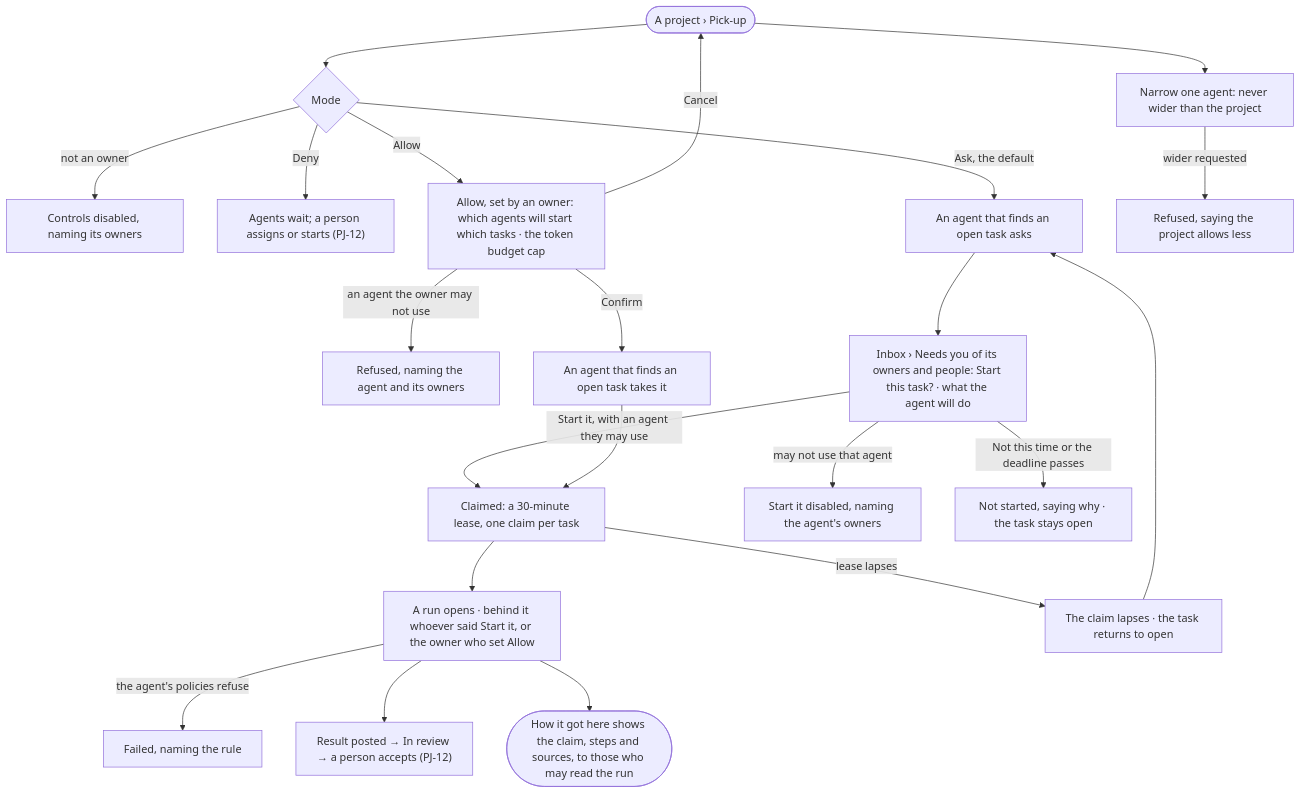
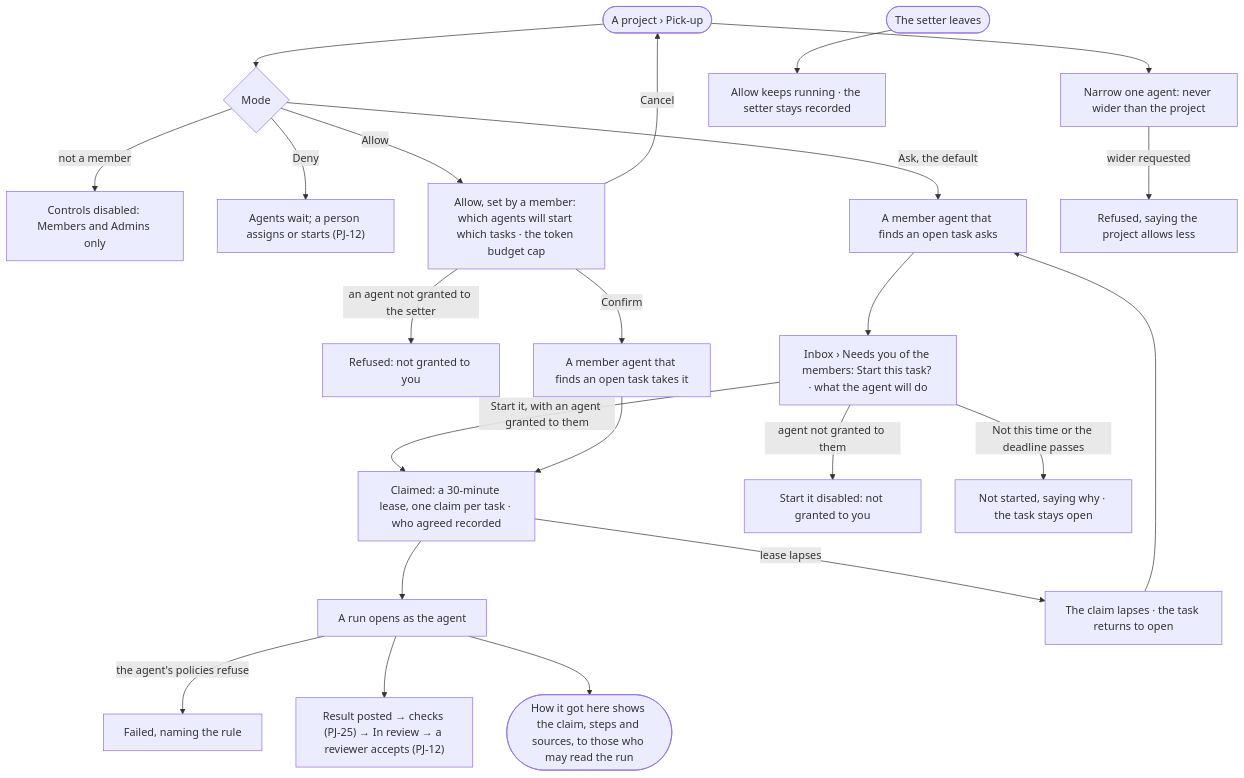
Before and after one commit to invana/invana: the first of 2 diagrams in specs/capabilities/projects/features/PJ-F01-projects-and-tasks/stories/PJ-15-let-agents-pick-up-tasks-by-hand-by-asking-or-on-their-own/story.md, drawn with Mermaid. The commit also changed other lines of this file and 300 other files, not shown here.

````diff
--- a/specs/capabilities/projects/features/PJ-F01-projects-and-tasks/stories/PJ-15-let-agents-pick-up-tasks-by-hand-by-asking-or-on-their-own/story.md
+++ b/specs/capabilities/projects/features/PJ-F01-projects-and-tasks/stories/PJ-15-let-agents-pick-up-tasks-by-hand-by-asking-or-on-their-own/story.md
@@ -30,24 +30,25 @@
 ```mermaid
 flowchart TD
   s([A project › Pick-up]) --> m{"Mode"}
-  m -->|not an owner| na["Controls disabled, naming its owners"]
+  m -->|not a member| na["Controls disabled: Members and Admins only"]
   m -->|Deny| man["Agents wait; a person assigns or starts (PJ-12)"]
-  m -->|Ask, the default| ask["An agent that finds an open task asks"]
-  m -->|Allow| conf["Allow, set by an owner: which agents will start which tasks · the token budget cap"]
-  conf -->|an agent the owner may not use| nu["Refused, naming the agent and its owners"]
-  conf -->|Confirm| auto["An agent that finds an open task takes it"]
+  m -->|Ask, the default| ask["A member agent that finds an open task asks"]
+  m -->|Allow| conf["Allow, set by a member: which agents will start which tasks · the token budget cap"]
+  conf -->|an agent not granted to the setter| nu["Refused: not granted to you"]
+  conf -->|Confirm| auto["A member agent that finds an open task takes it"]
   conf -->|Cancel| s
   s --> nar["Narrow one agent: never wider than the project"]
   nar -->|wider requested| ref["Refused, saying the project allows less"]
-  ask --> inbox["Inbox › Needs you of its owners and people: Start this task? · what the agent will do"]
-  inbox -->|Start it, with an agent they may use| claim
-  inbox -->|may not use that agent| nstart["Start it disabled, naming the agent's owners"]
+  ask --> inbox["Inbox › Needs you of the members: Start this task? · what the agent will do"]
+  inbox -->|Start it, with an agent granted to them| claim
+  inbox -->|agent not granted to them| nstart["Start it disabled: not granted to you"]
   inbox -->|Not this time or the deadline passes| held["Not started, saying why · the task stays open"]
-  auto --> claim["Claimed: a 30-minute lease, one claim per task"]
-  claim --> run["A run opens · behind it whoever said Start it, or the owner who set Allow"]
+  auto --> claim["Claimed: a 30-minute lease, one claim per task · who agreed recorded"]
+  claim --> run["A run opens as the agent"]
   run -->|the agent's policies refuse| pf["Failed, naming the rule"]
-  run --> res["Result posted → In review → a person accepts (PJ-12)"]
+  run --> res["Result posted → checks (PJ-25) → In review → a reviewer accepts (PJ-12)"]
   claim -->|lease lapses| back["The claim lapses · the task returns to open"]
   back --> ask
+  leave([The setter leaves]) --> keep["Allow keeps running · the setter stays recorded"]
   run --> trace(["How it got here shows the claim, steps and sources, to those who may read the run"])
 ```
````
